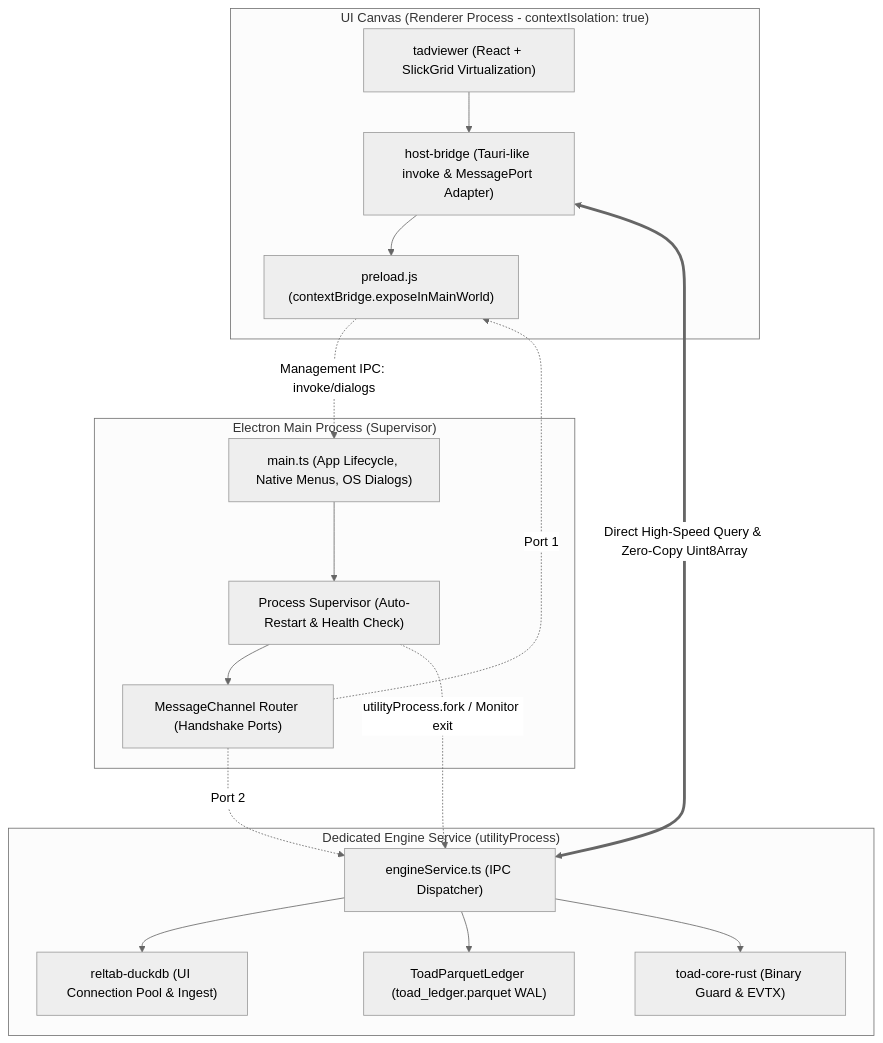
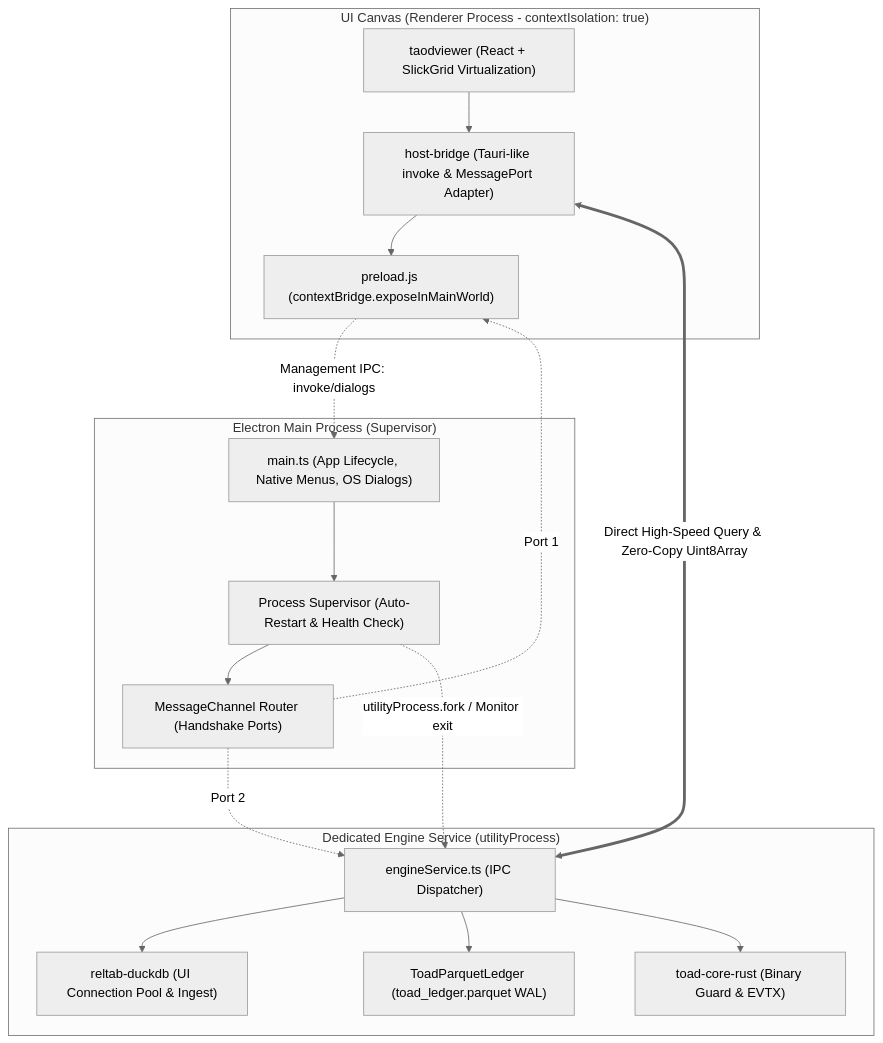
Before and after one commit to p1rkr41n/toad_electron: the diagram in docs/FUTURE_KE_HOACH_CHUYEN_DOI_MO_HINH_IPC_UTILITYPROCESS.md, drawn with Mermaid (neutral theme). The commit also changed other lines of this file and 138 other files, not shown here.

Commit message:
feat: TOAD v2.5.0 IPC architectural migration to Electron utilityProcess & Tauri-like host bridge

````diff
--- a/docs/FUTURE_KE_HOACH_CHUYEN_DOI_MO_HINH_IPC_UTILITYPROCESS.md
+++ b/docs/FUTURE_KE_HOACH_CHUYEN_DOI_MO_HINH_IPC_UTILITYPROCESS.md
@@ -20,35 +20,35 @@
 ```mermaid
 flowchart TD
     subgraph UI_Renderer["UI Canvas (Renderer Process - contextIsolation: true)"]
-        UI["tadviewer (React + SlickGrid Virtualization)"]
+        UI["taodviewer (React + SlickGrid Virtualization)"]
         Bridge["host-bridge (Tauri-like invoke & MessagePort Adapter)"]
         Preload["preload.js (contextBridge.exposeInMainWorld)"]
         UI --> Bridge
         Bridge --> Preload
     end
 
     subgraph Main_Supervisor["Electron Main Process (Supervisor)"]
         Main["main.ts (App Lifecycle, Native Menus, OS Dialogs)"]
         Supervisor["Process Supervisor (Auto-Restart & Health Check)"]
         ChannelSetup["MessageChannel Router (Handshake Ports)"]
         Main --> Supervisor
         Supervisor --> ChannelSetup
     end
 
     subgraph Utility_Backend["Dedicated Engine Service (utilityProcess)"]
         EngineService["engineService.ts (IPC Dispatcher)"]
         DuckDBDriver["reltab-duckdb (UI Connection Pool & Ingest)"]
         Ledger["ToadParquetLedger (toad_ledger.parquet WAL)"]
         RustSIMD["toad-core-rust (Binary Guard & EVTX)"]
         EngineService --> DuckDBDriver
         EngineService --> Ledger
         EngineService --> RustSIMD
     end
 
     %% Communication paths
     Preload -.->|Management IPC: invoke/dialogs| Main
     ChannelSetup -.->|Port 1| Preload
     ChannelSetup -.->|Port 2| EngineService
     Bridge <===>|Direct High-Speed Query & Zero-Copy Uint8Array| EngineService
     Supervisor -.->|utilityProcess.fork / Monitor exit| EngineService
 ```
````
